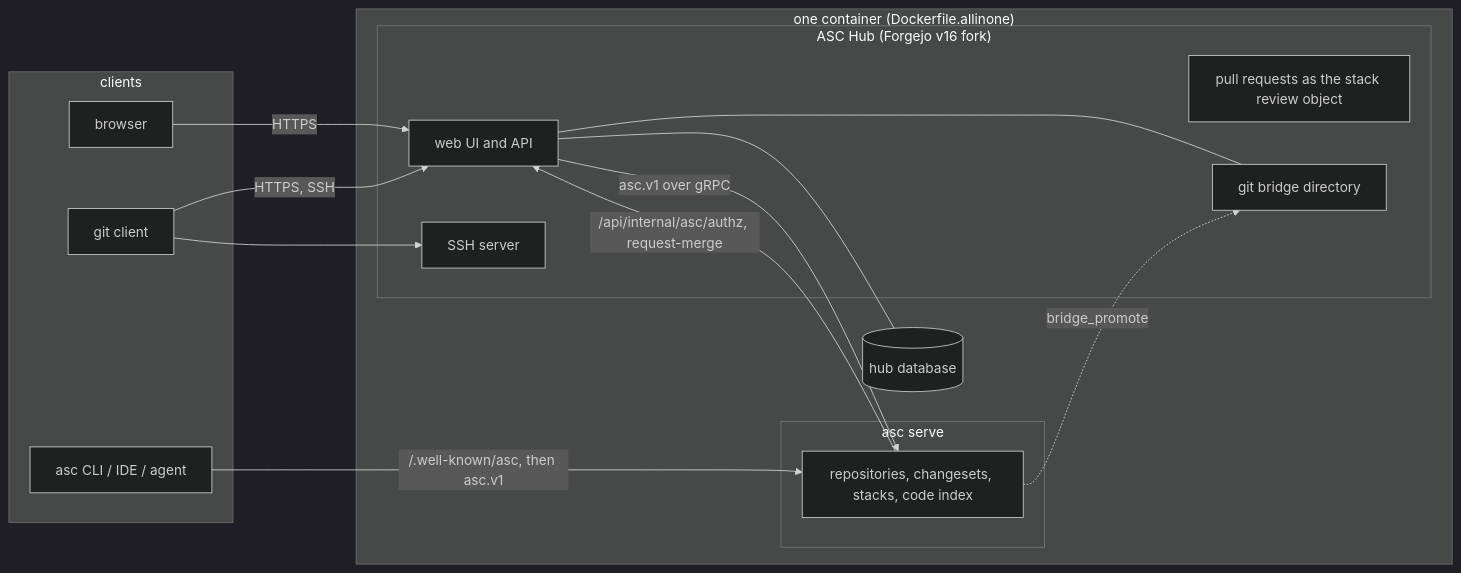
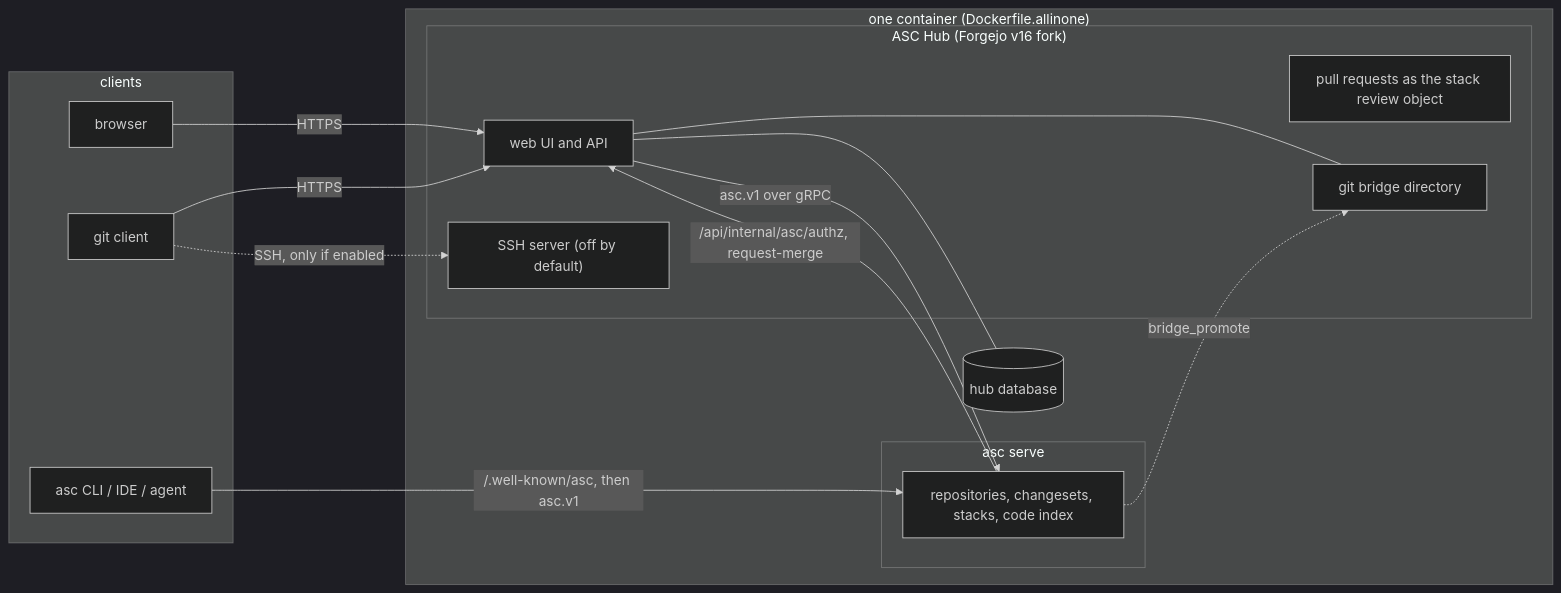
One commit to Jordan-Hall/asc-hub changed the diagram in README.md. Above: the diagram before and after it, drawn with Mermaid (dark theme). The commit also changed other lines of this file and 5 other files, not shown here.

Commit message:
docs: HTTPS-only deployment and connect instructions; SSH is an optional, documented opt-in; no SSH port in the examples

````diff
--- a/README.md
+++ b/README.md
@@ -132,29 +132,29 @@
 ```mermaid
 flowchart LR
     subgraph clients
         B[browser]
         A["asc CLI / IDE / agent"]
         G[git client]
     end
     subgraph deployment["one container (Dockerfile.allinone)"]
         subgraph hub["ASC Hub (Forgejo v16 fork)"]
             W[web UI and API]
-            S[SSH server]
+            S["SSH server (off by default)"]
             P[pull requests as the stack review object]
             BR[git bridge directory]
         end
         subgraph asc["asc serve"]
             R[repositories, changesets, stacks, code index]
         end
         DB[(hub database)]
     end
     B -->|HTTPS| W
-    G -->|HTTPS, SSH| W
-    G --> S
+    G -->|HTTPS| W
+    G -.->|"SSH, only if enabled"| S
     A -->|"/.well-known/asc, then asc.v1"| R
     W -->|"asc.v1 over gRPC"| R
     R -->|"/api/internal/asc/authz, request-merge"| W
     W --- DB
     W --- BR
     R -.->|bridge_promote| BR
 ```
````
